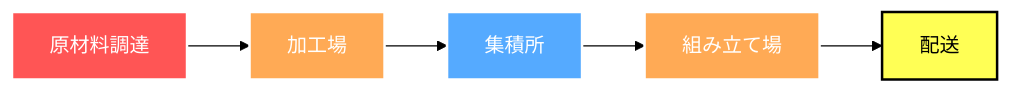
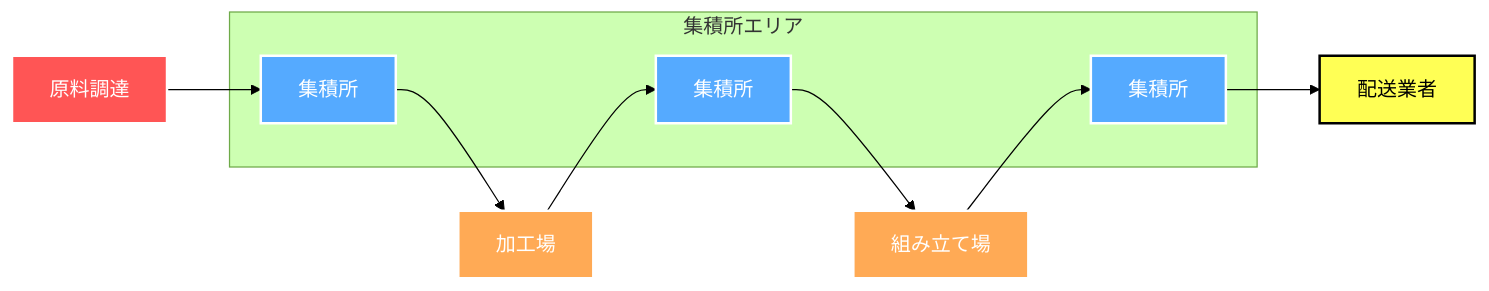
One commit to Yuppe-jp-eng/presentaion changed the fourth of 9 diagrams in slides.md. Above: the diagram before and after it, drawn with Mermaid (forest theme). The commit also changed other lines of this file and 1 other file, not shown here.

````diff
--- a/slides.md
+++ b/slides.md
@@ -220,14 +228,24 @@
 ```mermaid
 flowchart LR
-    A1[原材料調達] --> A2[加工場]
+    A1[原料調達] --> A6[集積所]
+    A6 --> A2[加工場]
     A2 --> A4[集積所]
     A4 --> A5[組み立て場]
-    A5 --> A3[配送]
+    A5 --> A7[集積所]
+    A7 --> A3[配送業者]
+
+    subgraph 集積所エリア
+        A6
+        A4
+        A7
+    end
 
     style A1 fill:#FF5555,stroke:#FFF,stroke-width:2px,color:#FFF
     style A2 fill:#FFAA55,stroke:#FFF,stroke-width:2px,color:#FFF
     style A3 fill:#FFFF55,stroke:#000,stroke-width:2px,color:#000
     style A4 fill:#55AAFF,stroke:#FFF,stroke-width:2px,color:#FFF
     style A5 fill:#FFAA55,stroke:#FFF,stroke-width:2px,color:#FFF
+    style A6 fill:#55AAFF,stroke:#FFF,stroke-width:2px,color:#FFF
+    style A7 fill:#55AAFF,stroke:#FFF,stroke-width:2px,color:#FFF
 
 ```
````
